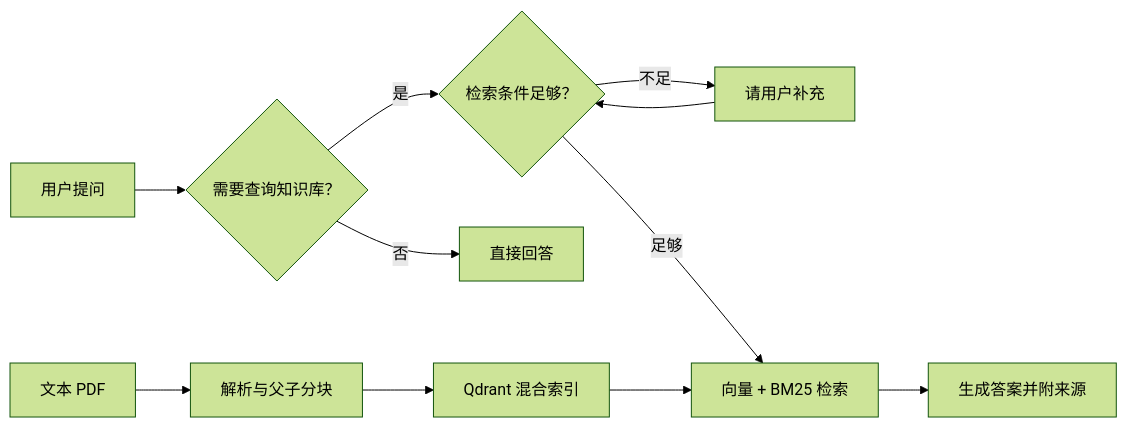
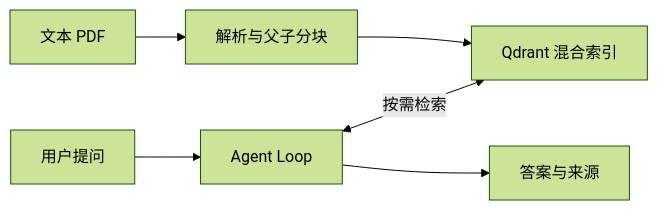
Before and after one commit to ifhgh666/agentic-rag: the first of 3 diagrams in README.md, drawn with Mermaid (forest theme). The commit also changed other lines of this file, not shown here.

Commit message:
Document the Agent Loop main and research graphs

````diff
--- a/README.md
+++ b/README.md
@@ -46,13 +46,8 @@
 ```mermaid
 flowchart LR
     PDF["文本 PDF"] --> Chunks["解析与父子分块"]
     Chunks --> Index["Qdrant 混合索引"]
-    Ask["用户提问"] --> Route{"需要查询知识库？"}
-    Route -->|否| Direct["直接回答"]
-    Route -->|是| Clarify{"检索条件足够？"}
-    Clarify -->|不足| Follow["请用户补充"]
-    Follow --> Clarify
-    Clarify -->|足够| Search["向量 + BM25 检索"]
-    Index --> Search
-    Search --> Answer["生成答案并附来源"]
+    Ask["用户提问"] --> Loop["Agent Loop"]
+    Loop <-->|按需检索| Index
+    Loop --> Answer["答案与来源"]
 ```
````
